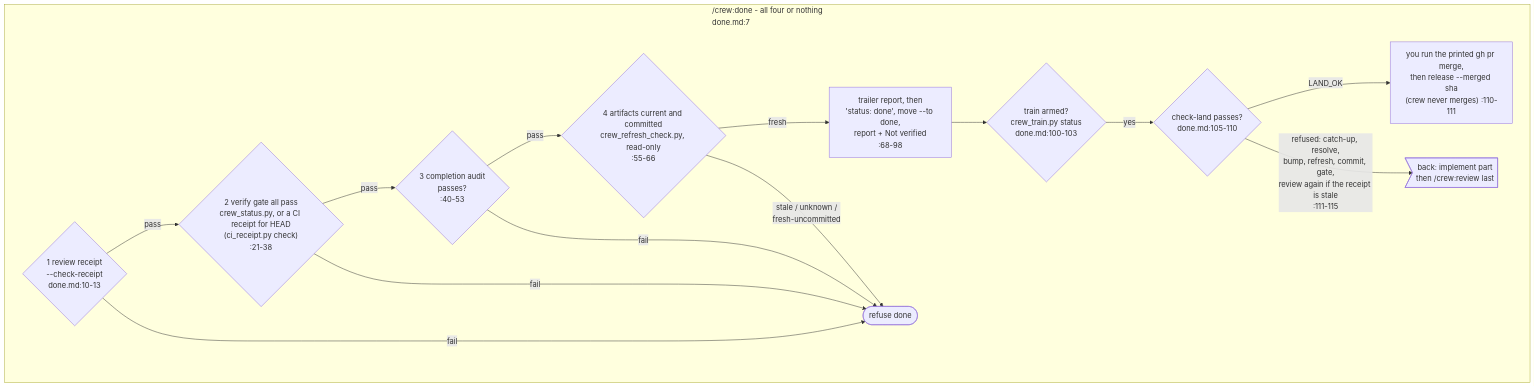
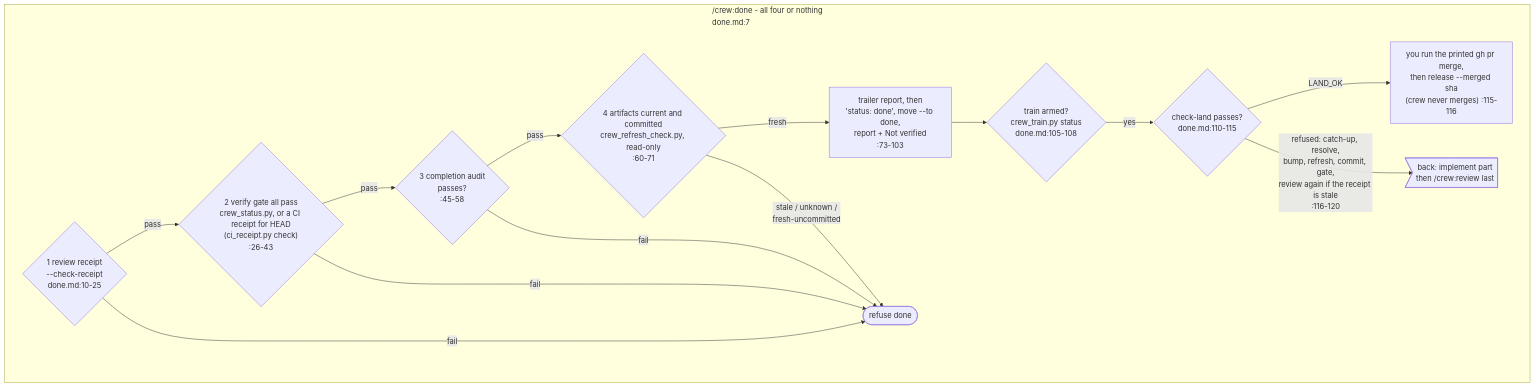
Before and after one commit to mbadali25/useful-claude-add-ons: diagram 28 of 36 in docs/diagrams/README.md, drawn with Mermaid. The commit also changed other lines of this file and 11 other files, not shown here.

````diff
--- a/docs/diagrams/README.md
+++ b/docs/diagrams/README.md
@@ -1063,18 +1063,18 @@
 ```mermaid
 flowchart TB
     subgraph done["/crew:done - all four or nothing<br/>done.md:7"]
-        dn1{"1 review receipt<br/>--check-receipt<br/>done.md:10-13"}
-        dn1 -- pass --> dn2{"2 verify gate all pass<br/>crew_status.py, or a CI receipt for HEAD<br/>(ci_receipt.py check)<br/>:21-38"}
-        dn2 -- pass --> dn3{"3 completion audit<br/>passes?<br/>:40-53"}
-        dn3 -- pass --> dn5{"4 artifacts current and committed<br/>crew_refresh_check.py, read-only<br/>:55-66"}
-        dn5 -- fresh --> dn4["trailer report, then<br/>'status: done', move --to done,<br/>report + Not verified<br/>:68-98"]
+        dn1{"1 review receipt<br/>--check-receipt<br/>done.md:10-25"}
+        dn1 -- pass --> dn2{"2 verify gate all pass<br/>crew_status.py, or a CI receipt for HEAD<br/>(ci_receipt.py check)<br/>:26-43"}
+        dn2 -- pass --> dn3{"3 completion audit<br/>passes?<br/>:45-58"}
+        dn3 -- pass --> dn5{"4 artifacts current and committed<br/>crew_refresh_check.py, read-only<br/>:60-71"}
+        dn5 -- fresh --> dn4["trailer report, then<br/>'status: done', move --to done,<br/>report + Not verified<br/>:73-103"]
         dn1 -- fail --> dnx([refuse done])
         dn2 -- fail --> dnx
         dn3 -- fail --> dnx
         dn5 -- "stale / unknown /<br/>fresh-uncommitted" --> dnx
-        dn4 --> ln0{"train armed?<br/>crew_train.py status<br/>done.md:100-103"}
-        ln0 -- yes --> ln1{"check-land passes?<br/>done.md:105-110"}
-        ln1 -- LAND_OK --> ln2["you run the printed gh pr merge,<br/>then release --merged sha<br/>(crew never merges) :110-111"]
-        ln1 -- "refused: catch-up, resolve,<br/>bump, refresh, commit, gate,<br/>review again if the receipt is stale<br/>:111-115" --> to_im5>"back: implement part<br/>then /crew:review last"]
+        dn4 --> ln0{"train armed?<br/>crew_train.py status<br/>done.md:105-108"}
+        ln0 -- yes --> ln1{"check-land passes?<br/>done.md:110-115"}
+        ln1 -- LAND_OK --> ln2["you run the printed gh pr merge,<br/>then release --merged sha<br/>(crew never merges) :115-116"]
+        ln1 -- "refused: catch-up, resolve,<br/>bump, refresh, commit, gate,<br/>review again if the receipt is stale<br/>:116-120" --> to_im5>"back: implement part<br/>then /crew:review last"]
     end
 ```
````
